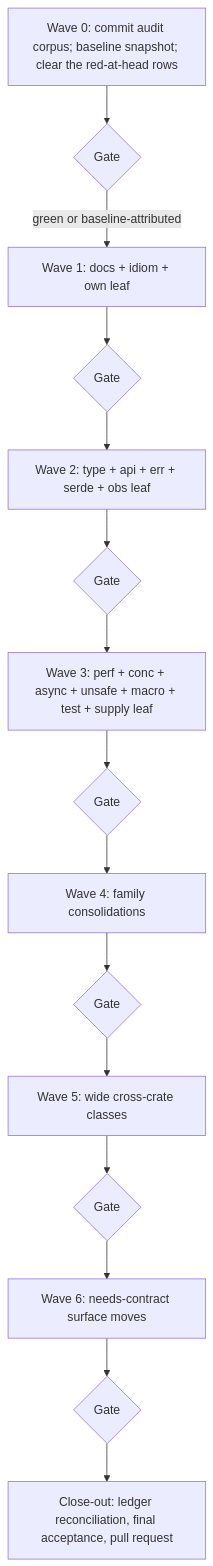
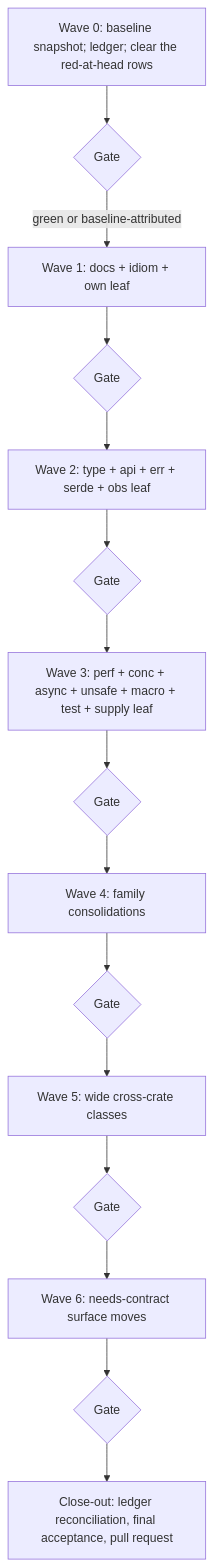
One commit to vicondoa/d2b changed the second of 2 diagrams in docs/plans/2026-09-24-002-refactor-rust-skills-remediation-plan.md. Above: the diagram before and after it, drawn with Mermaid. The commit also changed other lines of this file and 3 other files, not shown here.

````diff
--- a/docs/plans/2026-09-24-002-refactor-rust-skills-remediation-plan.md
+++ b/docs/plans/2026-09-24-002-refactor-rust-skills-remediation-plan.md
@@ -116,17 +116,17 @@
 ```mermaid
 flowchart TB
-  W0[Wave 0: commit audit corpus; baseline snapshot; clear the red-at-head rows] --> G0{Gate}
+  W0[Wave 0: baseline snapshot; ledger; clear the red-at-head rows] --> G0{Gate}
   G0 -->|green or baseline-attributed| W1[Wave 1: docs + idiom + own leaf]
   W1 --> G1{Gate}
   G1 --> W2[Wave 2: type + api + err + serde + obs leaf]
   W2 --> G2{Gate}
   G2 --> W3[Wave 3: perf + conc + async + unsafe + macro + test + supply leaf]
   W3 --> G3{Gate}
   G3 --> W4[Wave 4: family consolidations]
   W4 --> G4{Gate}
   G4 --> W5[Wave 5: wide cross-crate classes]
   W5 --> G5{Gate}
   G5 --> W6[Wave 6: needs-contract surface moves]
   W6 --> G6{Gate}
   G6 --> CL[Close-out: ledger reconciliation, final acceptance, pull request]
 ```
````
